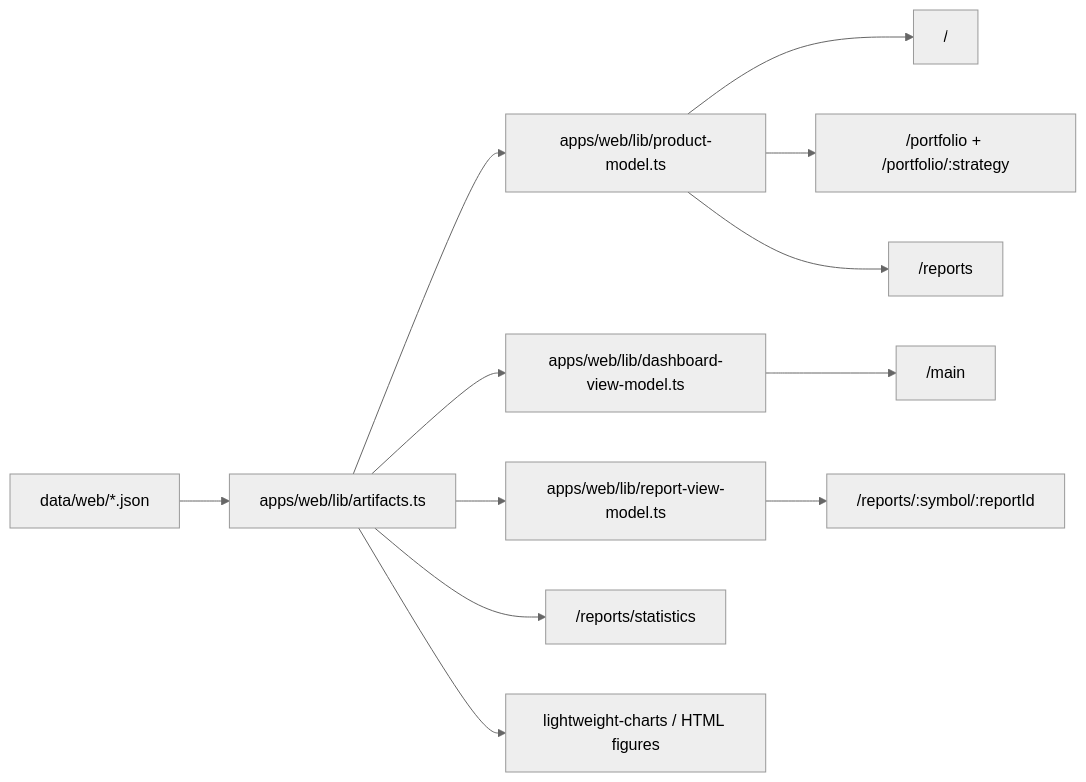
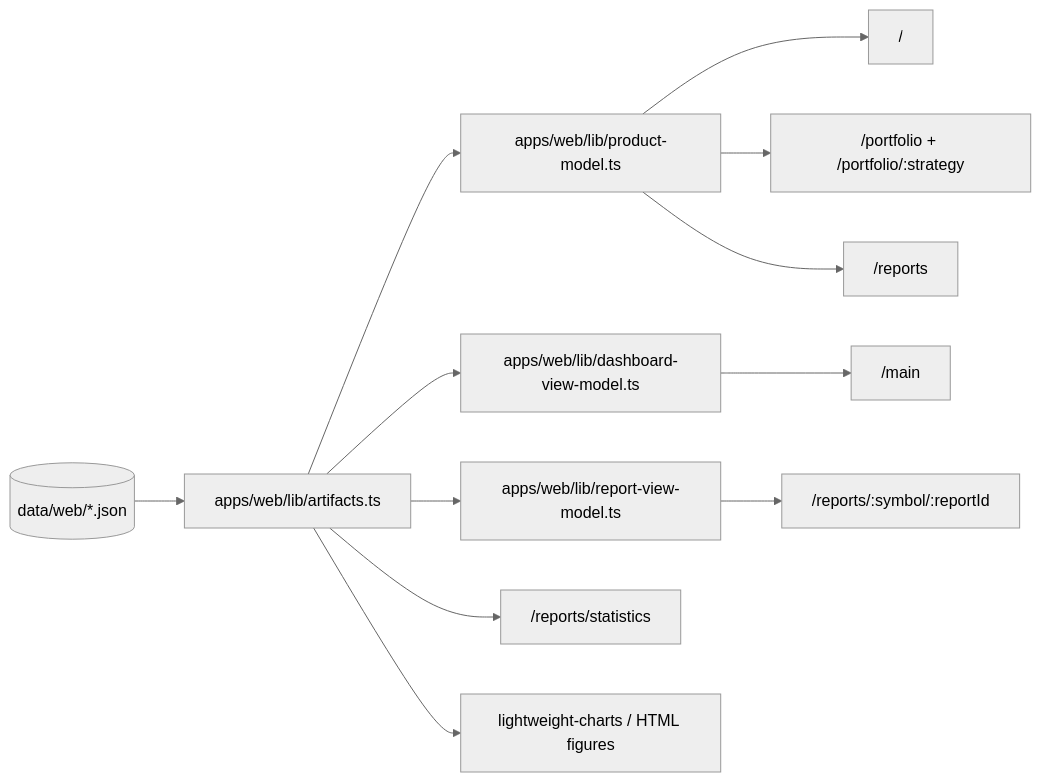
The second of 2 diagrams in docs/page-data-flow.md (choiinyeol/snusmic-portfolio-lab), drawn with Mermaid (neutral theme) before and after one commit. The commit also changed other lines of this file and 9 other files, not shown here.

````diff
--- a/docs/page-data-flow.md
+++ b/docs/page-data-flow.md
@@ -46,14 +48,14 @@
 ```mermaid
 flowchart LR
-  DataWeb["data/web/*.json"] --> ArtifactReaders["apps/web/lib/artifacts.ts"]
+  DataWeb[("data/web/*.json")] --> ArtifactReaders["apps/web/lib/artifacts.ts"]
   ArtifactReaders --> ProductModel["apps/web/lib/product-model.ts"]
   ArtifactReaders --> DashboardVM["apps/web/lib/dashboard-view-model.ts"]
   ArtifactReaders --> ReportVM["apps/web/lib/report-view-model.ts"]
   DashboardVM --> MainPage["/main"]
   ProductModel --> Landing["/"]
   ProductModel --> Portfolio["/portfolio + /portfolio/:strategy"]
   ProductModel --> Reports["/reports"]
   ReportVM --> ReportDetail["/reports/:symbol/:reportId"]
   ArtifactReaders --> Statistics["/reports/statistics"]
   ArtifactReaders --> Charts["lightweight-charts / HTML figures"]
 ```
````
